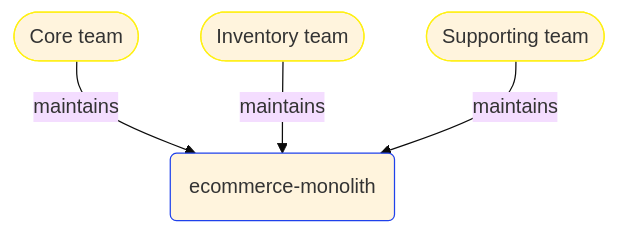
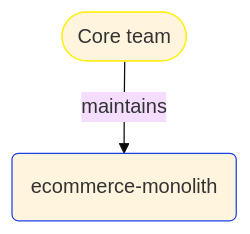
One commit to itlibrium/DDD-starter-dotnet changed the second of 2 diagrams in Docs/P3/MermaidOutput/DeployableUnits/ecommerce-monolith.md. Above: the diagram before and after it, drawn with Mermaid (base theme). The commit also changed other lines of this file and 174 other files, not shown here.

````diff
--- a/Docs/P3/MermaidOutput/DeployableUnits/ecommerce-monolith.md
+++ b/Docs/P3/MermaidOutput/DeployableUnits/ecommerce-monolith.md
@@ -48,17 +39,11 @@
 ```mermaid
   flowchart TB
     0(ecommerce-monolith)
     class 0 TechnologyPerspective
     1([Core team])
     class 1 PeoplePerspective
     1-->|maintains|0
-    2([Inventory team])
-    class 2 PeoplePerspective
-    2-->|maintains|0
-    3([Supporting team])
-    class 3 PeoplePerspective
-    3-->|maintains|0
     classDef DomainPerspective stroke:#009900
     classDef TechnologyPerspective stroke:#1F41EB
     classDef PeoplePerspective stroke:#FFF014
 ```
````
